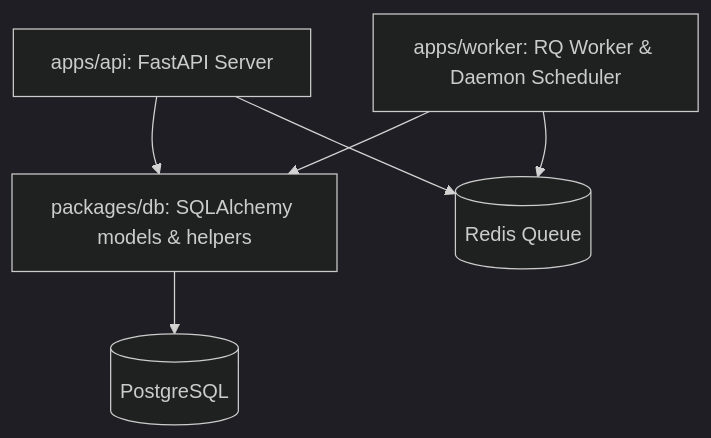
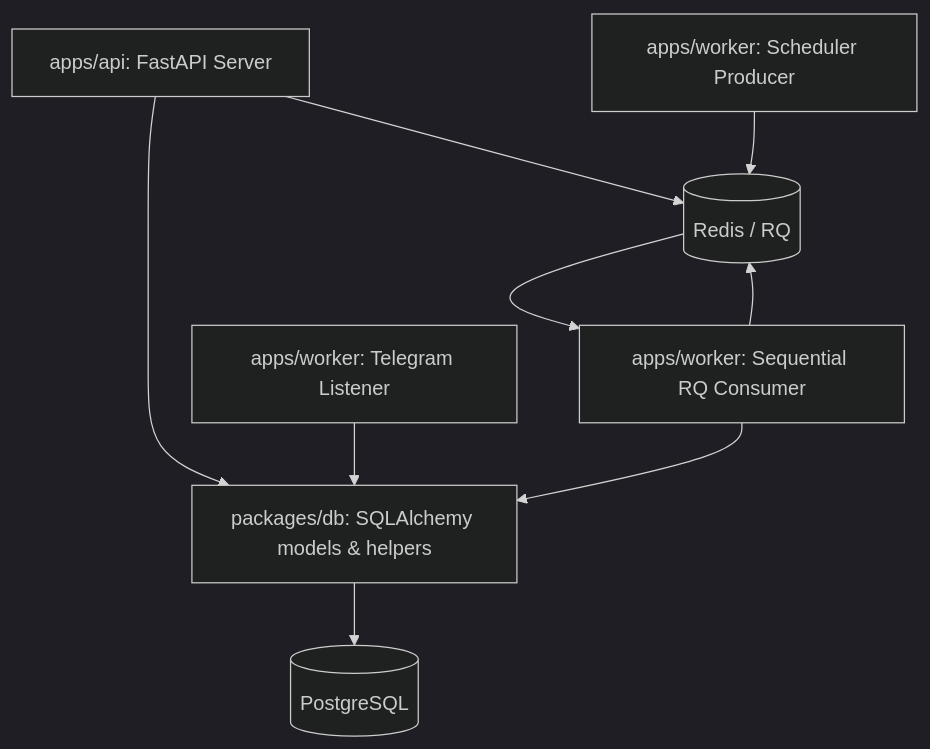
One commit to mvnby/belzakupki changed the first of 2 diagrams in docs/developer-guide.md. Above: the diagram before and after it, drawn with Mermaid (dark theme). The commit also changed other lines of this file and 14 other files, not shown here.

````diff
--- a/docs/developer-guide.md
+++ b/docs/developer-guide.md
@@ -11,8 +11,11 @@
 ```mermaid
 graph TD
     API[apps/api: FastAPI Server] --> DB_PKG[packages/db: SQLAlchemy models & helpers]
-    Worker[apps/worker: RQ Worker & Daemon Scheduler] --> DB_PKG
+    Scheduler[apps/worker: Scheduler Producer] --> Redis[(Redis / RQ)]
+    Redis --> Worker[apps/worker: Sequential RQ Consumer]
+    Telegram[apps/worker: Telegram Listener] --> DB_PKG
+    Worker --> DB_PKG
     DB_PKG --> PG[(PostgreSQL)]
-    Worker --> Redis[(Redis Queue)]
+    Worker --> Redis
     API --> Redis
 ```
````
